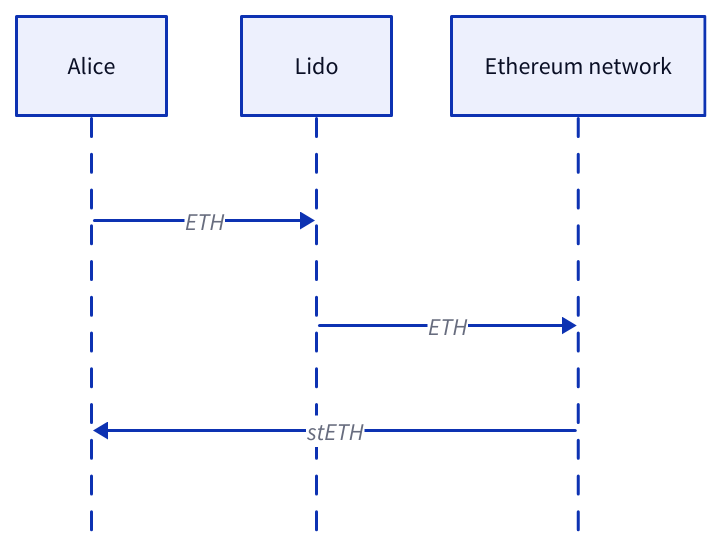
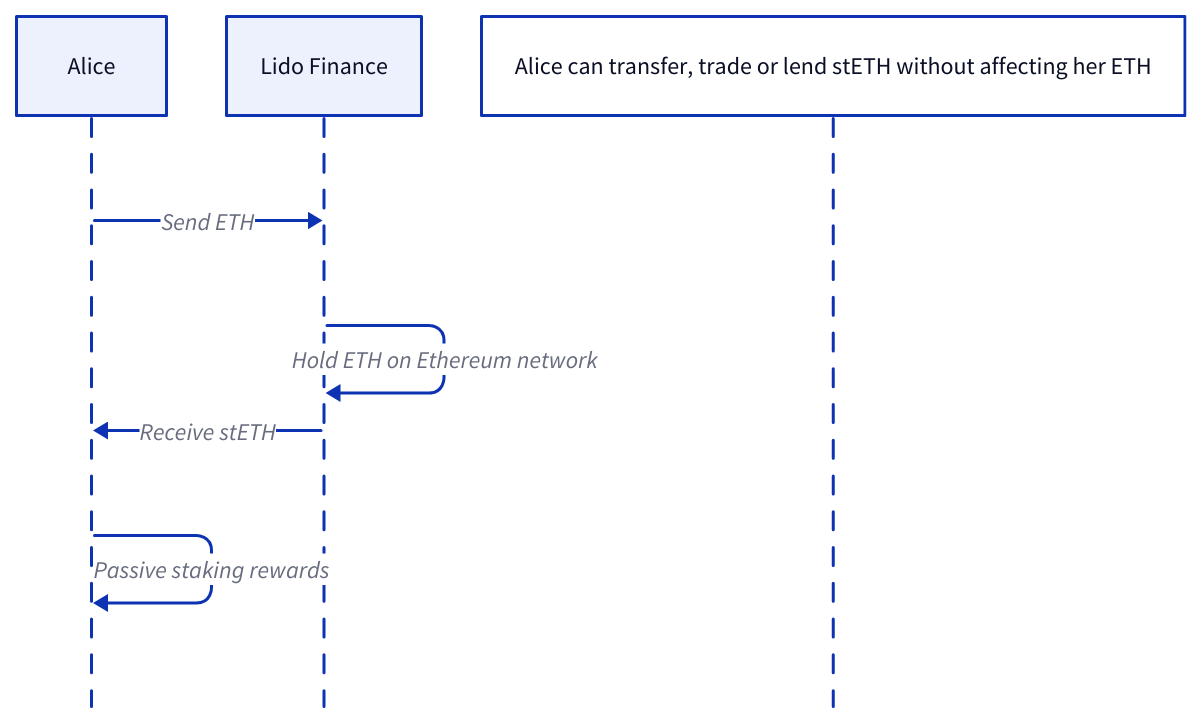
One commit to blockchain-audit/labs changed the diagram in task/defi.d2. Above: the diagram before and after it, drawn with D2. The commit also changed other lines of this file, not shown here.

Commit message:
Update defi.d2
Continu the task of diagrama

```diff
--- a/task/defi.d2
+++ b/task/defi.d2
@@ -1,4 +1,14 @@
+#shape: sequence_diagram
+#Alice -> Lido:ETH
+#Lido -> Ethereum network:ETH
+#Ethereum network -> Alice:stETH
+
 shape: sequence_diagram
-Alice -> Lido:ETH
-Lido -> Ethereum network:ETH
-Ethereum network -> Alice:stETH
+    #participant Alice
+    #participant Lido Finance
+
+    Alice -> Lido Finance: Send ETH
+    Lido Finance -> Lido Finance: Hold ETH on Ethereum network
+    Lido Finance -> Alice: Receive stETH
+    Alice -> Alice: Passive staking rewards
+    note right of Alice: Alice can transfer, trade or lend stETH without affecting her ETH
```
